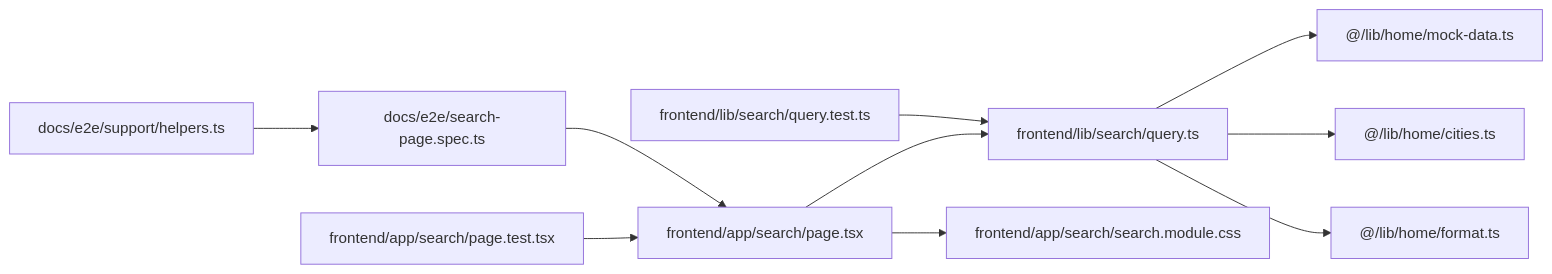
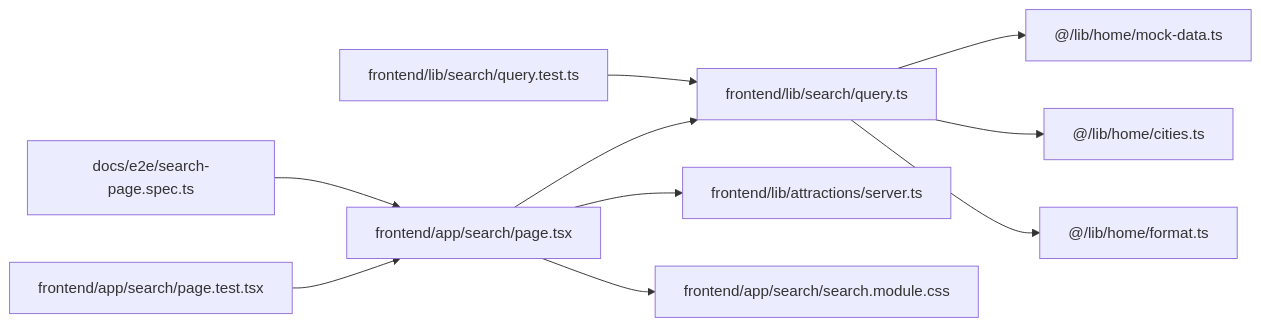
The eighth of 8 diagrams in .qoder/repowiki/zh/content/规格驱动开发/WanderChain 首页规格文档/WanderChain 搜索页面规格.md (luyitiger6/my-first-project), drawn with Mermaid before and after one commit. The commit also changed other lines of this file and 36 other files, not shown here.

````diff
--- a/.qoder/repowiki/zh/content/规格驱动开发/WanderChain 首页规格文档/WanderChain 搜索页面规格.md
+++ b/.qoder/repowiki/zh/content/规格驱动开发/WanderChain 首页规格文档/WanderChain 搜索页面规格.md
@@ -366,12 +377,12 @@
 ```mermaid
 graph LR
 Page["frontend/app/search/page.tsx"] --> Query["frontend/lib/search/query.ts"]
+Page --> Server["frontend/lib/attractions/server.ts"]
 Query --> MockData["@/lib/home/mock-data.ts"]
 Query --> Cities["@/lib/home/cities.ts"]
 Query --> Format["@/lib/home/format.ts"]
 Page --> Styles["frontend/app/search/search.module.css"]
 PageTest["frontend/app/search/page.test.tsx"] --> Page
 QueryTest["frontend/lib/search/query.test.ts"] --> Query
 E2ETest["docs/e2e/search-page.spec.ts"] --> Page
-Helpers["docs/e2e/support/helpers.ts"] --> E2ETest
 ```
````
